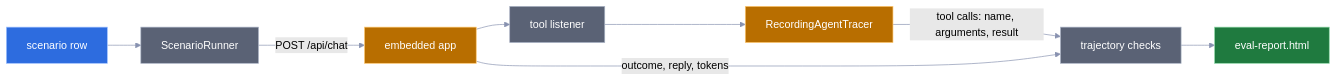
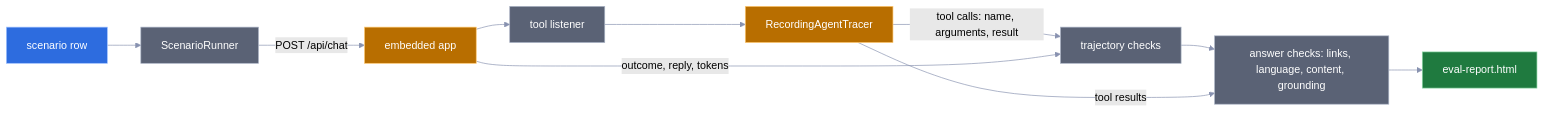
Before and after one commit to rodrigorjsf/java-micronaut-langchain4j-poc: the diagram in docs/05-evaluation.md, drawn with Mermaid (forest theme). The commit also changed other lines of this file and 10 other files, not shown here.

First line of the commit message:
feat(evals): scenario answer checks and grounding

````diff
--- a/docs/05-evaluation.md
+++ b/docs/05-evaluation.md
@@ -134,19 +165,21 @@
 ```mermaid
 flowchart LR
     row[scenario row] --> runner[ScenarioRunner]
     runner -- "POST /api/chat" --> app[embedded app]
     app --> tools[tool listener]
     tools --> tracer[RecordingAgentTracer]
     tracer -- "tool calls: name, arguments, result" --> checks[trajectory checks]
     app -- "outcome, reply, tokens" --> checks
-    checks --> html[eval-report.html]
+    checks --> answer[answer checks: links, language, content, grounding]
+    tracer -- "tool results" --> answer
+    answer --> html[eval-report.html]
     classDef input fill:#2d6cdf,stroke:#9ec1ff,color:#ffffff
     classDef seam fill:#b86e00,stroke:#ffc870,color:#ffffff
     classDef step fill:#5a6275,stroke:#aab3c5,color:#ffffff
     classDef out fill:#1f7a3f,stroke:#8fd9a8,color:#ffffff
     class row input
     class app,tracer seam
-    class runner,tools,checks step
+    class runner,tools,checks,answer step
     class html out
     linkStyle default stroke:#8892b0
 ```
````
